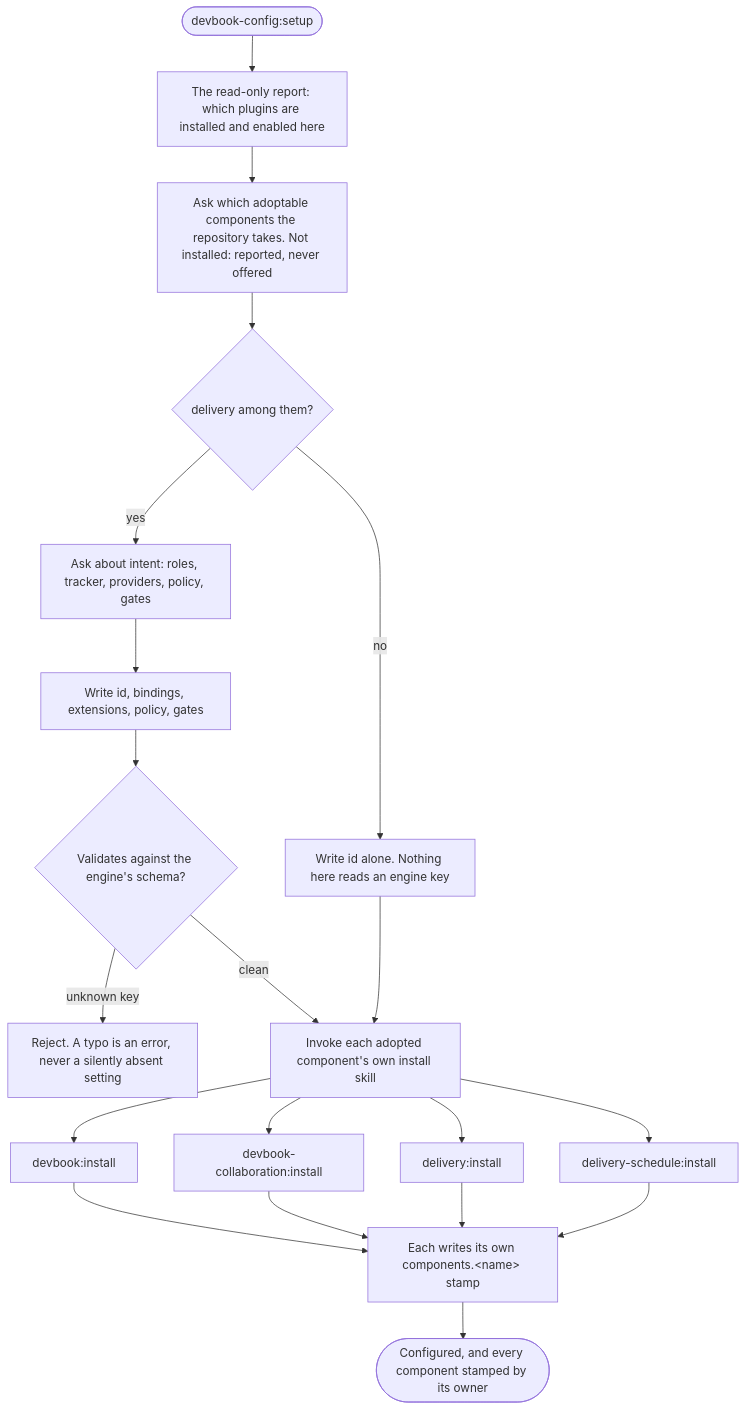
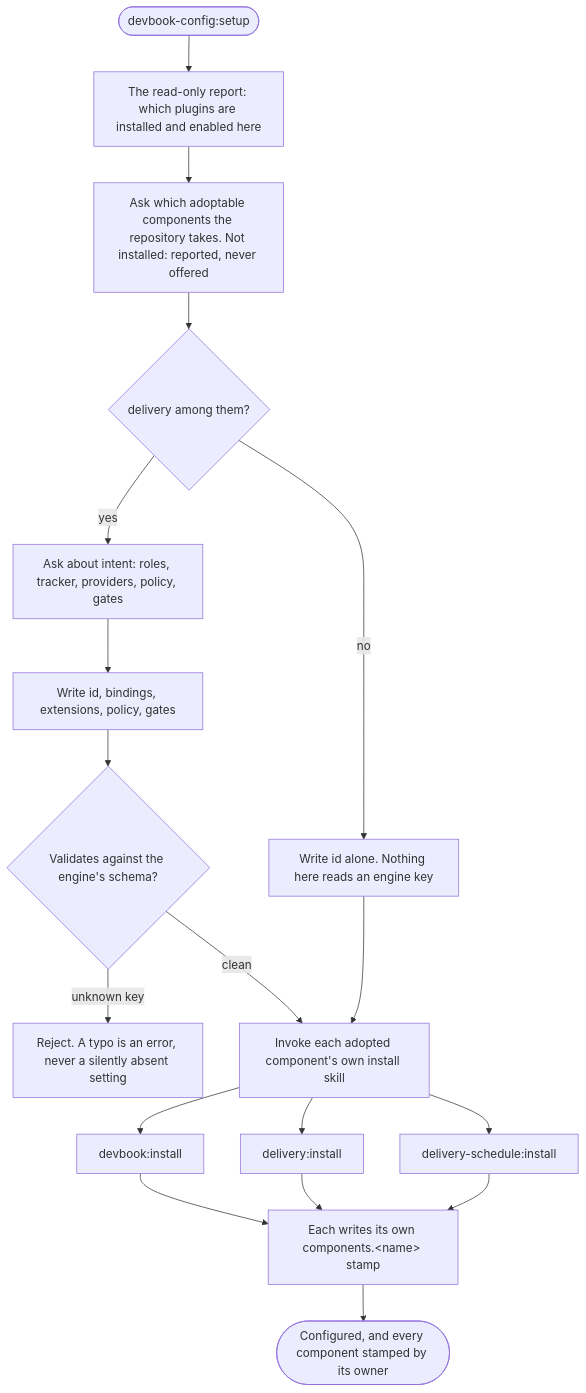
The first of 2 diagrams in .devbook/domain/devbook-config/flow.md (JSdotNet/devbook), drawn with Mermaid before and after one commit. The commit also changed 35 other files, not shown here.

First line of the commit message:
Move review state into devbook's schema; collaboration ships skills only

````diff
--- a/.devbook/domain/devbook-config/flow.md
+++ b/.devbook/domain/devbook-config/flow.md
@@ -17,22 +17,20 @@
 ```mermaid
 flowchart TD
     start(["devbook-config:setup"]) --> report["The read-only report: which plugins are installed and enabled here"]
     report --> adopt["Ask which adoptable components the repository takes. Not installed: reported, never offered"]
     adopt --> delivery{"delivery among them?"}
     delivery -->|no| idOnly["Write id alone. Nothing here reads an engine key"]
     delivery -->|yes| intent["Ask about intent: roles, tracker, providers, policy, gates"]
     intent --> keys["Write id, bindings, extensions, policy, gates"]
     keys --> validate{"Validates against the engine's schema?"}
     validate -->|"unknown key"| reject["Reject. A typo is an error, never a silently absent setting"]
     validate -->|clean| fanout["Invoke each adopted component's own install skill"]
     idOnly --> fanout
     fanout --> devbookInstall["devbook:install"]
-    fanout --> collabInstall["devbook-collaboration:install"]
     fanout --> deliveryInstall["delivery:install"]
     fanout --> scheduleInstall["delivery-schedule:install"]
     devbookInstall --> stamps["Each writes its own components.&lt;name&gt; stamp"]
-    collabInstall --> stamps
     deliveryInstall --> stamps
     scheduleInstall --> stamps
     stamps --> done(["Configured, and every component stamped by its owner"])
 ```
````
